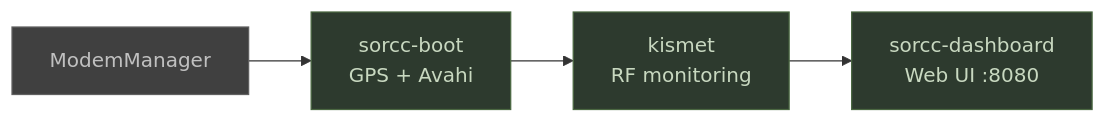
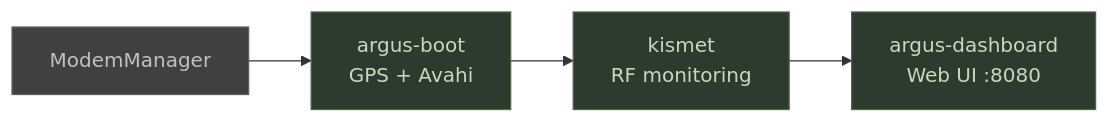
The second of 2 diagrams in README.md (rmeadomavic/SORCC-PI), drawn with Mermaid before and after one commit. The commit also changed other lines of this file and 87 other files, not shown here.

First line of the commit message:
Rename SORCC-PI to Argus

````diff
--- a/README.md
+++ b/README.md
@@ -198,14 +198,14 @@
 ```mermaid
 graph LR
     MM["ModemManager"]
-    Boot["sorcc-boot<br/>GPS + Avahi"]
+    Boot["argus-boot<br/>GPS + Avahi"]
     K["kismet<br/>RF monitoring"]
-    Dash["sorcc-dashboard<br/>Web UI :8080"]
+    Dash["argus-dashboard<br/>Web UI :8080"]
 
     MM --> Boot --> K --> Dash
 
     style MM fill:#404040,color:#c0c0c0,stroke:#606060
     style Boot fill:#2d3a2e,color:#c8d8c0,stroke:#4a6741
     style K fill:#2d3a2e,color:#c8d8c0,stroke:#4a6741
     style Dash fill:#2d3a2e,color:#c8d8c0,stroke:#4a6741
 ```
````
